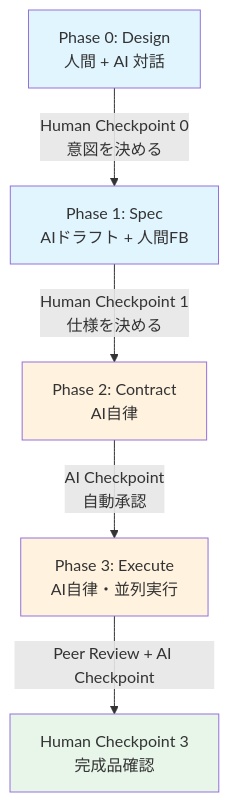
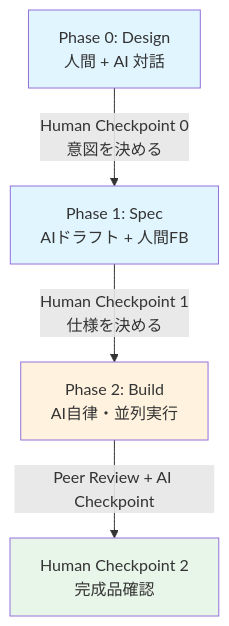
One commit to koyakimu/autopilot-development-boilerplate changed the third of 7 diagrams in APD-FRAMEWORK.md. Above: the diagram before and after it, drawn with Mermaid. The commit also changed other lines of this file and 34 other files, not shown here.

First line of the commit message:
feat!: Contract廃止 — Phase 2 (Contract) と Phase 3 (Execute) を Phase 2 (Build) に統合

````diff
--- a/APD-FRAMEWORK.md
+++ b/APD-FRAMEWORK.md
@@ -94,14 +93,12 @@
 ```mermaid
 graph TD
     P0["Phase 0: Design<br/>人間 + AI 対話"] -->|"Human Checkpoint 0<br/>意図を決める"| P1
     P1["Phase 1: Spec<br/>AIドラフト + 人間FB"] -->|"Human Checkpoint 1<br/>仕様を決める"| P2
-    P2["Phase 2: Contract<br/>AI自律"] -->|"AI Checkpoint<br/>自動承認"| P3
-    P3["Phase 3: Execute<br/>AI自律・並列実行"] -->|"Peer Review + AI Checkpoint"| HC3
-    HC3["Human Checkpoint 3<br/>完成品確認"]
+    P2["Phase 2: Build<br/>AI自律・並列実行"] -->|"Peer Review + AI Checkpoint"| HC2
+    HC2["Human Checkpoint 2<br/>完成品確認"]
 
     style P0 fill:#e1f5fe
     style P1 fill:#e1f5fe
     style P2 fill:#fff3e0
-    style P3 fill:#fff3e0
-    style HC3 fill:#e8f5e9
+    style HC2 fill:#e8f5e9
 ```
````
